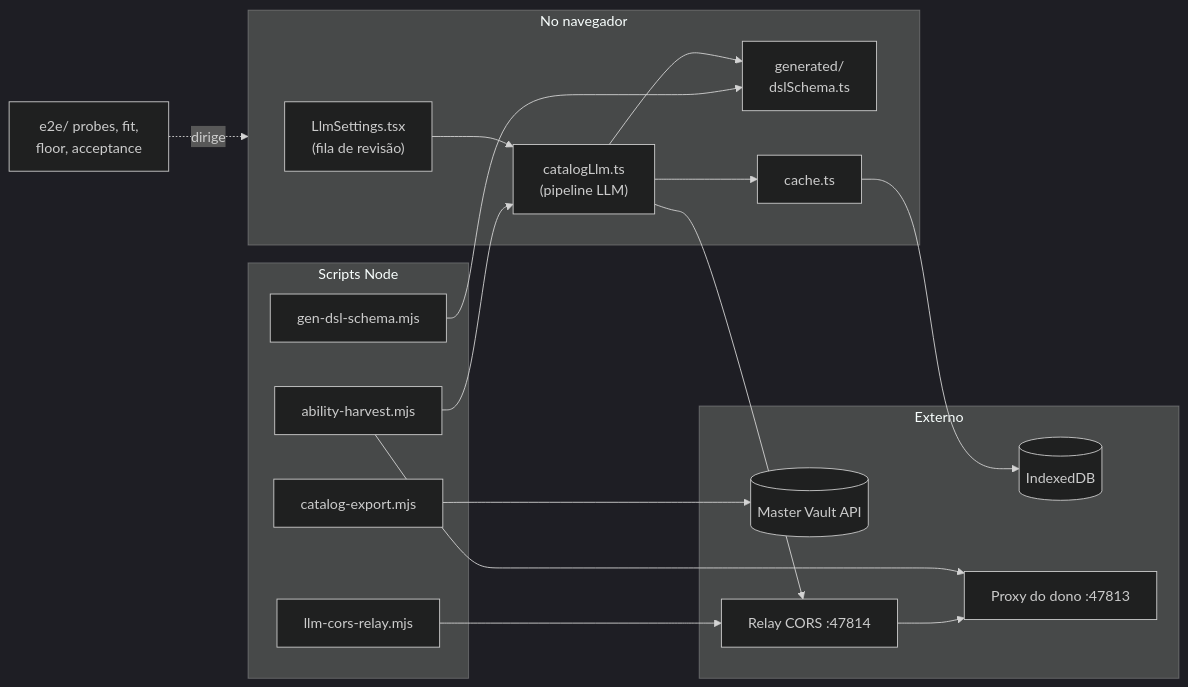
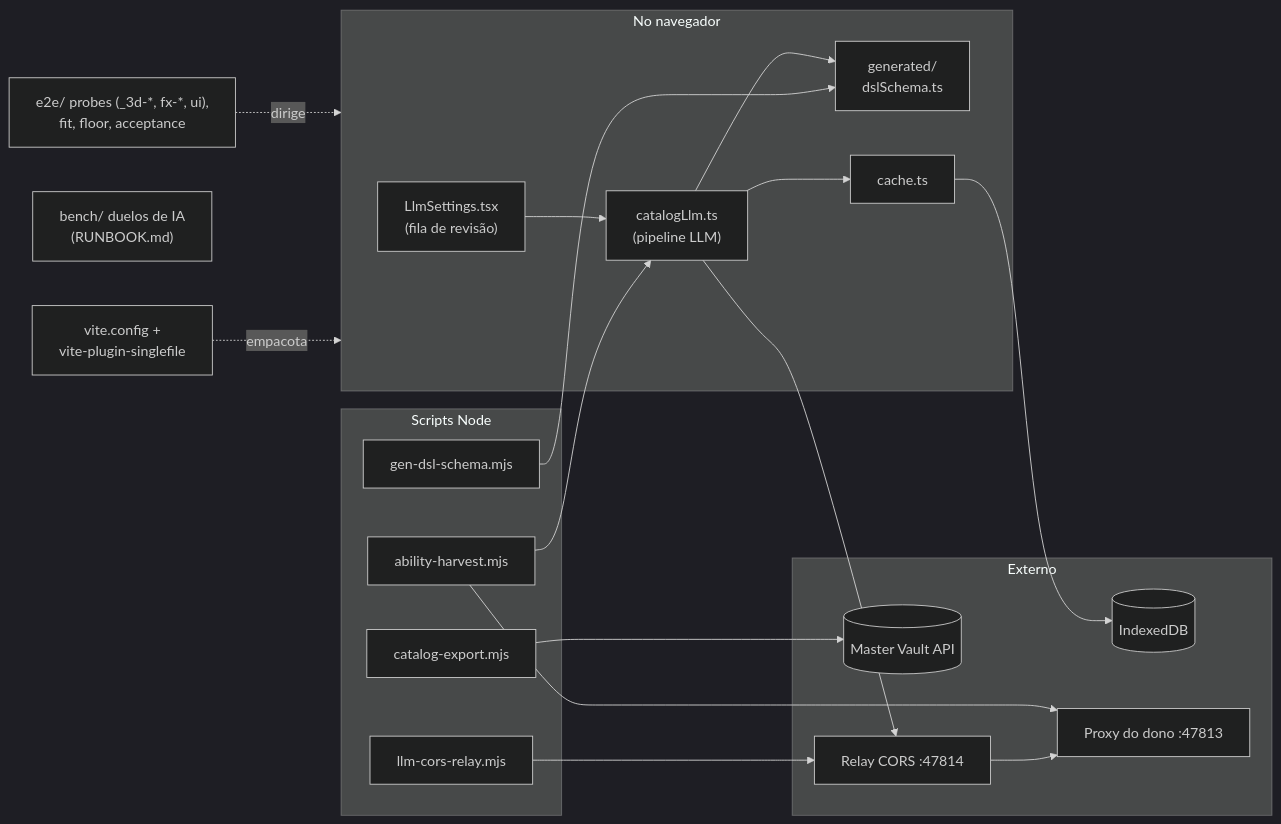
The second of 14 diagrams in docs/ARCHITECTURE.md (pedrohenriquebr/aember-arena), drawn with Mermaid (dark theme) before and after one commit. The commit also changed other lines of this file, not shown here.

````diff
--- a/docs/ARCHITECTURE.md
+++ b/docs/ARCHITECTURE.md
@@ -50,34 +58,37 @@
 ```mermaid
 flowchart LR
   subgraph APPC["No navegador"]
     LLMUI["LlmSettings.tsx<br/>(fila de revisão)"]
     LLM["catalogLlm.ts<br/>(pipeline LLM)"]
     SCHEMA["generated/<br/>dslSchema.ts"]
     CACHE["cache.ts"]
   end
   subgraph NODE["Scripts Node"]
     HARV["ability-harvest.mjs"]
     EXP["catalog-export.mjs"]
     GEN["gen-dsl-schema.mjs"]
     RELAY["llm-cors-relay.mjs"]
   end
   subgraph EXT["Externo"]
     MV[("Master Vault API")]
     IDB[("IndexedDB")]
     PROXY["Proxy do dono :47813"]
     RL["Relay CORS :47814"]
   end
-  E2E["e2e/ probes, fit,<br/>floor, acceptance"]
+  E2E["e2e/ probes (_3d-*, fx-*, ui),<br/>fit, floor, acceptance"]
+  BENCH["bench/ duelos de IA<br/>(RUNBOOK.md)"]
+  VITE["vite.config +<br/>vite-plugin-singlefile"]
   LLMUI --> LLM
   LLM --> SCHEMA
   LLM --> CACHE
   CACHE --> IDB
   GEN --> SCHEMA
   EXP --> MV
   HARV --> LLM
   HARV --> PROXY
   LLM --> RL
   RELAY --> RL
   RL --> PROXY
   E2E -.dirige.-> APPC
+  VITE -.empacota.-> APPC
 ```
````
